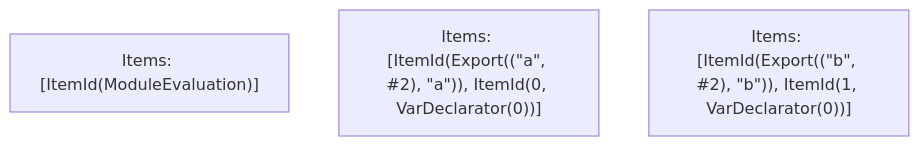
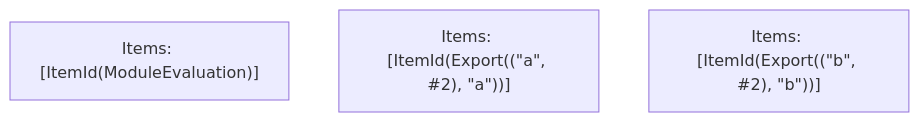
The fifth of 5 diagrams in crates/turbopack-ecmascript/tests/tree-shaker/analyzer/combined-export/output.md (vercel/turborepo), drawn with Mermaid before and after one commit. The commit also changed other lines of this file and 20 other files, not shown here.

````diff
--- a/crates/turbopack-ecmascript/tests/tree-shaker/analyzer/combined-export/output.md
+++ b/crates/turbopack-ecmascript/tests/tree-shaker/analyzer/combined-export/output.md
@@ -82,6 +80,6 @@
 ```mermaid
 graph TD
     N0["Items: [ItemId(ModuleEvaluation)]"];
-    N1["Items: [ItemId(Export((&quot;a&quot;, #2), &quot;a&quot;)), ItemId(0, VarDeclarator(0))]"];
-    N2["Items: [ItemId(Export((&quot;b&quot;, #2), &quot;b&quot;)), ItemId(1, VarDeclarator(0))]"];
+    N1["Items: [ItemId(Export((&quot;a&quot;, #2), &quot;a&quot;))]"];
+    N2["Items: [ItemId(Export((&quot;b&quot;, #2), &quot;b&quot;))]"];
 ```
````
